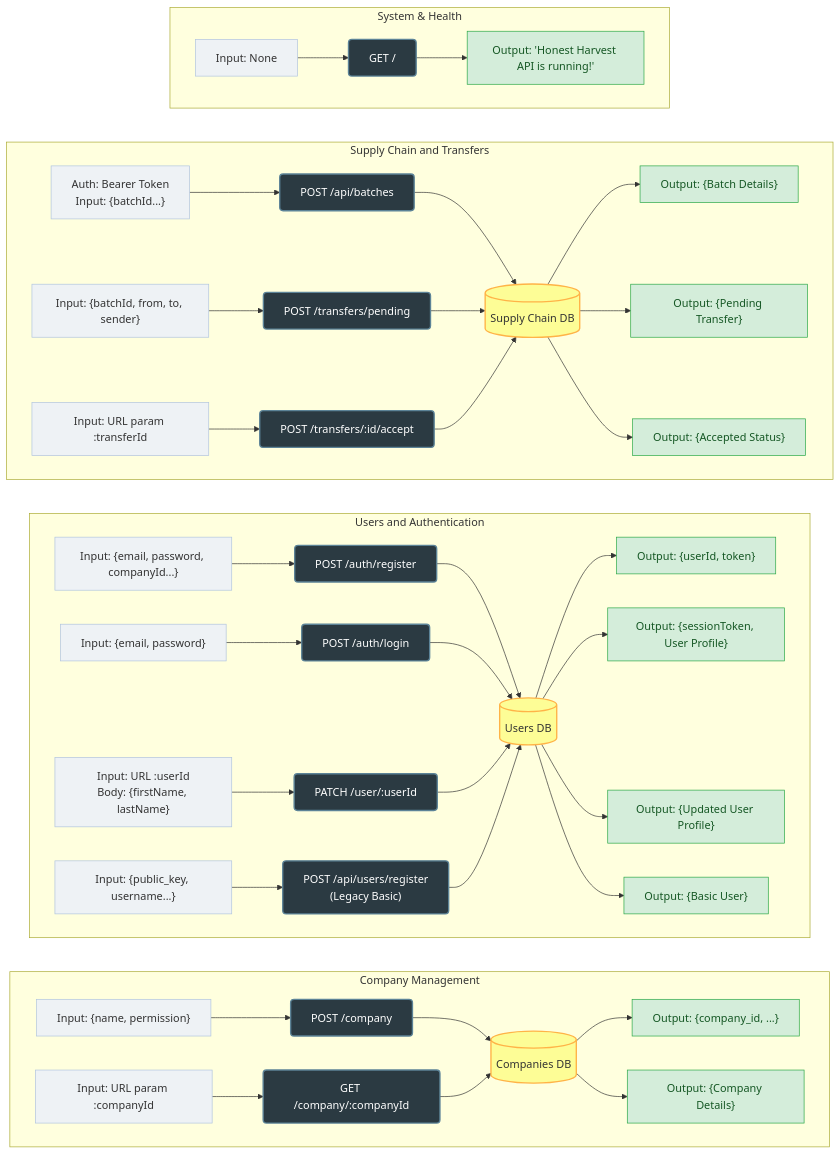
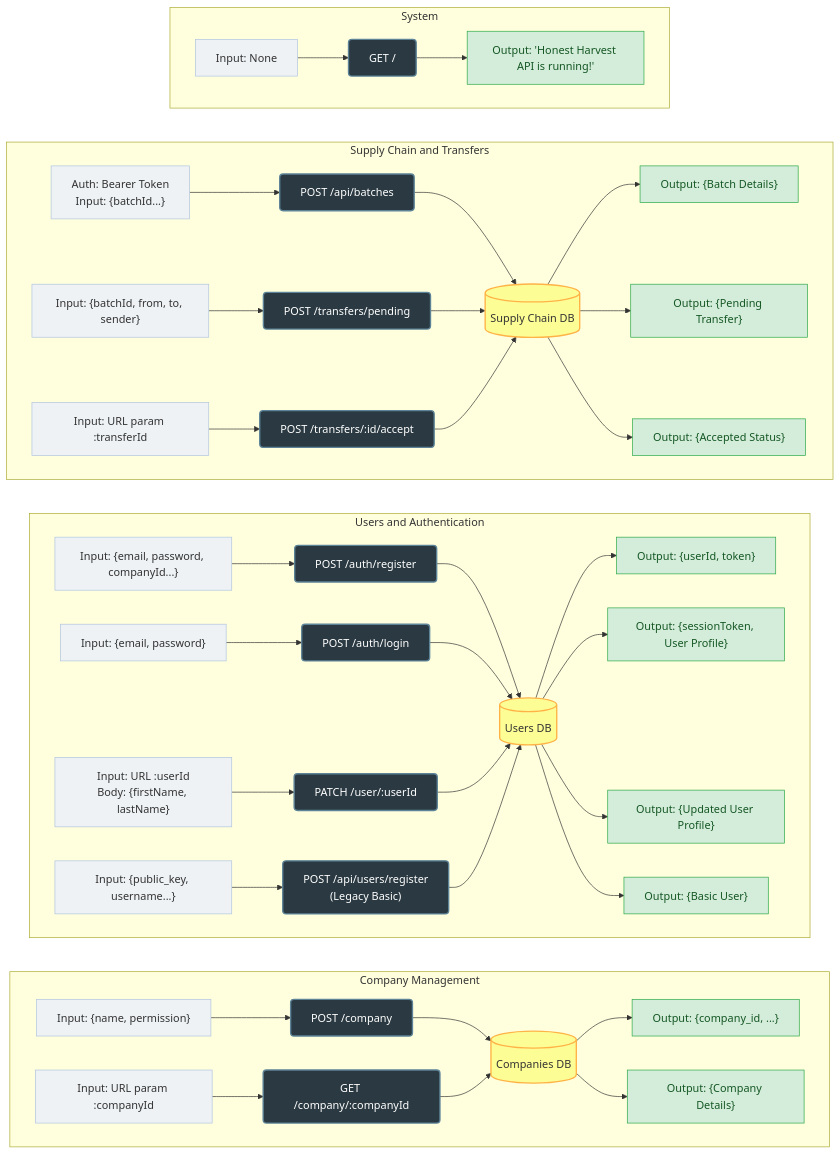
One commit to Jman001188/CSE540-BlockchainGroupProject changed the diagram in backend/API.md. Above: the diagram before and after it, drawn with Mermaid.

````diff
--- a/backend/API.md
+++ b/backend/API.md
@@ -212,64 +212,64 @@
 ```mermaid
 graph LR
     %% Styling
     classDef endpoint fill:#2b3a42,stroke:#5c8397,stroke-width:2px,color:#fff,rx:5px,ry:5px;
     classDef input fill:#eef2f5,stroke:#b0c4de,stroke-width:1px,color:#333;
     classDef output fill:#d4edda,stroke:#28a745,stroke-width:1px,color:#155724;
     classDef db fill:#fdfd96,stroke:#ffb347,stroke-width:2px,color:#333,shape:cylinder;
 
     %% Databases
     DB_COMP[(Companies DB)]:::db
     DB_USER[(Users DB)]:::db
     DB_CHAIN[(Supply Chain DB)]:::db
 
     subgraph Group1 [Company Management]
         direction LR
         C_IN["Input: {name, permission}"]:::input --> POST_COMP["POST /company"]:::endpoint
         POST_COMP --> DB_COMP
         DB_COMP --> C_OUT["Output: {company_id, ...}"]:::output
 
         G_IN["Input: URL param :companyId"]:::input --> GET_COMP["GET /company/:companyId"]:::endpoint
         GET_COMP --> DB_COMP
         DB_COMP --> G_OUT["Output: {Company Details}"]:::output
     end
 
     subgraph Group2 [Users and Authentication]
         direction LR
         R_IN["Input: {email, password, companyId...}"]:::input --> POST_REG["POST /auth/register"]:::endpoint
         POST_REG --> DB_USER
         DB_USER --> R_OUT["Output: {userId, token}"]:::output
 
         L_IN["Input: {email, password}"]:::input --> POST_LOG["POST /auth/login"]:::endpoint
         POST_LOG --> DB_USER
         DB_USER --> L_OUT["Output: {sessionToken, User Profile}"]:::output
 
         U_IN["Input: URL :userId<br>Body: {firstName, lastName}"]:::input --> PATCH_USR["PATCH /user/:userId"]:::endpoint
         PATCH_USR --> DB_USER
         DB_USER --> U_OUT["Output: {Updated User Profile}"]:::output
 
         LEG_IN["Input: {public_key, username...}"]:::input --> POST_LEG["POST /api/users/register<br>(Legacy Basic)"]:::endpoint
         POST_LEG --> DB_USER
         DB_USER --> LEG_OUT["Output: {Basic User}"]:::output
     end
 
     subgraph Group3 [Supply Chain and Transfers]
         direction LR
         B_IN["Auth: Bearer Token<br>Input: {batchId...}"]:::input --> POST_BATCH["POST /api/batches"]:::endpoint
         POST_BATCH --> DB_CHAIN
         DB_CHAIN --> B_OUT["Output: {Batch Details}"]:::output
 
         T_IN["Input: {batchId, from, to, sender}"]:::input --> POST_TRANS["POST /transfers/pending"]:::endpoint
         POST_TRANS --> DB_CHAIN
         DB_CHAIN --> T_OUT["Output: {Pending Transfer}"]:::output
 
         A_IN["Input: URL param :transferId"]:::input --> POST_ACC["POST /transfers/:id/accept"]:::endpoint
         POST_ACC --> DB_CHAIN
         DB_CHAIN --> A_OUT["Output: {Accepted Status}"]:::output
     end
 
-    subgraph Group4 [System & Health]
+    subgraph Group4 [System]
         direction LR
         H_IN["Input: None"]:::input --> GET_HLTH["GET /"]:::endpoint
         GET_HLTH --> H_OUT["Output: 'Honest Harvest API is running!'"]:::output
     end
 ```
````
